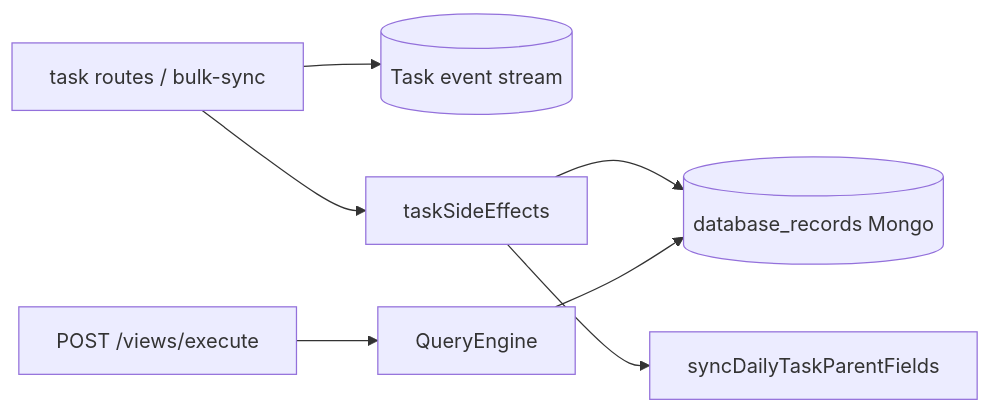
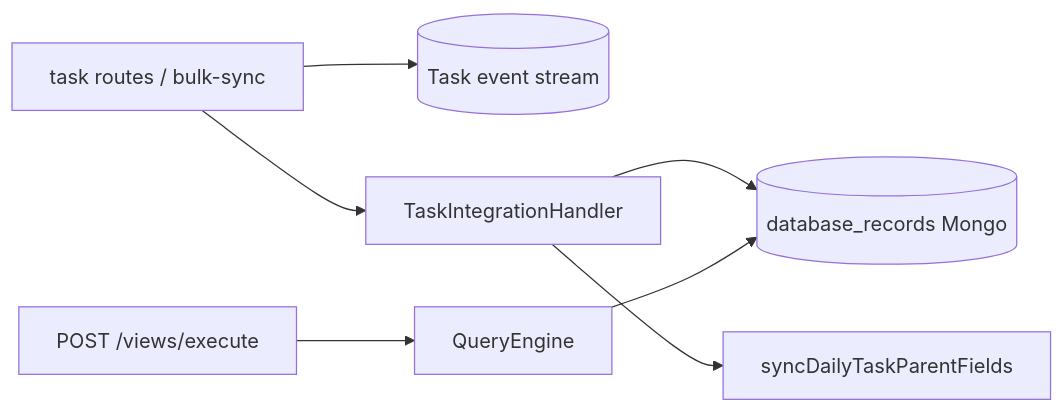
Before and after one commit to clt-ai-layer/in-the-flow: the third of 3 diagrams in docs/reference/01-Architecture.md, drawn with Mermaid. The commit also changed other lines of this file and 47 other files, not shown here.

````diff
--- a/docs/reference/01-Architecture.md
+++ b/docs/reference/01-Architecture.md
@@ -171,9 +155,9 @@
 ```mermaid
 flowchart LR
     TaskCRUD[task routes / bulk-sync] --> Streams[(Task event stream)]
-    TaskCRUD --> SideFX[taskSideEffects]
+    TaskCRUD --> SideFX[TaskIntegrationHandler]
     SideFX --> EAV[(database_records Mongo)]
     SideFX --> Daily[syncDailyTaskParentFields]
     Views[POST /views/execute] --> QE[QueryEngine]
     QE --> EAV
 ```
````
